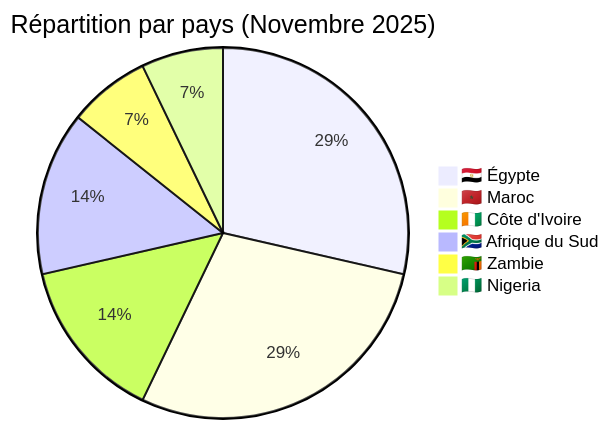
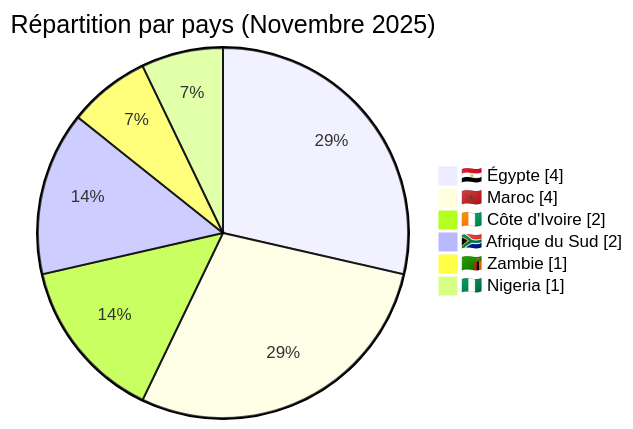
Before and after one commit to Hatchepsoute/AFRINTEL: the third of 5 diagrams in CyberAttackAfrica/2025/11-november/README_FR.md, drawn with Mermaid. The commit also changed other lines of this file and 182 other files, not shown here.

````diff
--- a/CyberAttackAfrica/2025/11-november/README_FR.md
+++ b/CyberAttackAfrica/2025/11-november/README_FR.md
@@ -112,9 +115,10 @@
 ```mermaid
-pie title Répartition par pays (Novembre 2025)
+pie showData
+    title Répartition par pays (Novembre 2025)
     "🇪🇬 Égypte" : 4
     "🇲🇦 Maroc" : 4
     "🇨🇮 Côte d'Ivoire" : 2
     "🇿🇦 Afrique du Sud" : 2
     "🇿🇲 Zambie" : 1
     "🇳🇬 Nigeria" : 1
 ```
````
